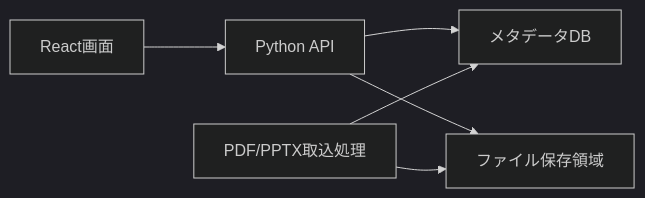
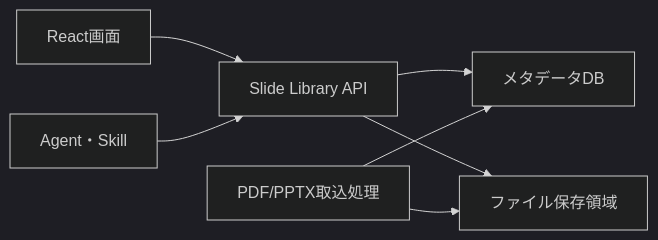
Before and after one commit to yamaguchiteppei/nlp_gw_group_b: the diagram in docs/architecture.md, drawn with Mermaid (dark theme). The commit also changed other lines of this file and 2 other files, not shown here.

Commit message:
docs: define shared slide search and metadata layers

````diff
--- a/docs/architecture.md
+++ b/docs/architecture.md
@@ -7,8 +7,9 @@
 ```mermaid
 flowchart LR
-  UI[React画面] --> API[Python API]
+  UI[React画面] --> API[Slide Library API]
+  Agent[Agent・Skill] --> API
   API --> Store[メタデータDB]
   API --> Files[ファイル保存領域]
   Import[PDF/PPTX取込処理] --> Store
   Import --> Files
 ```
````
